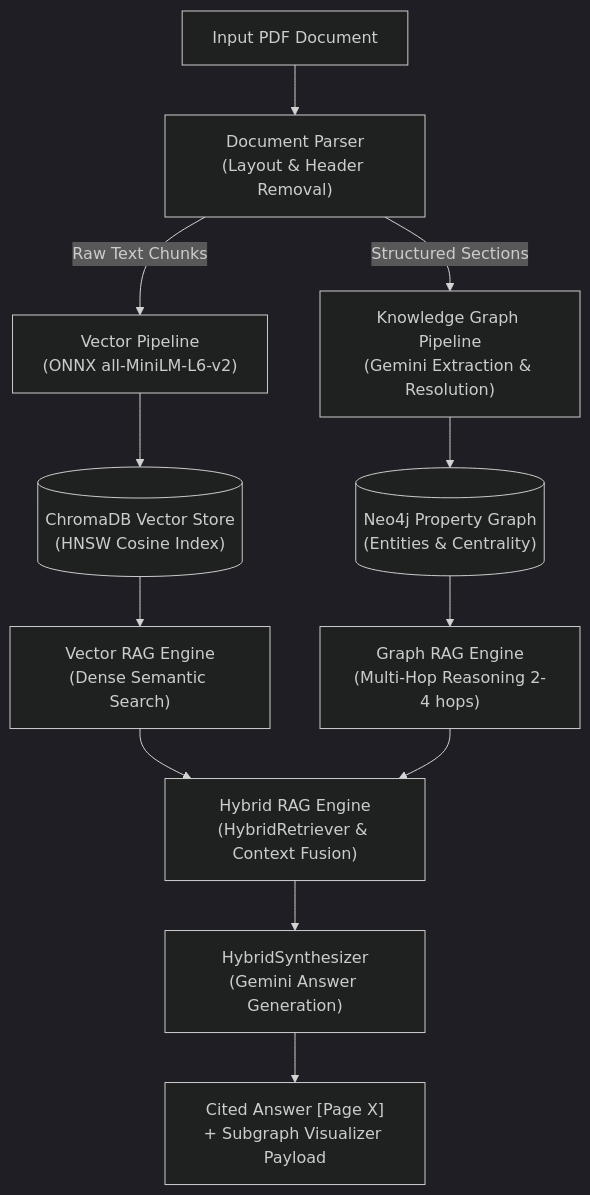
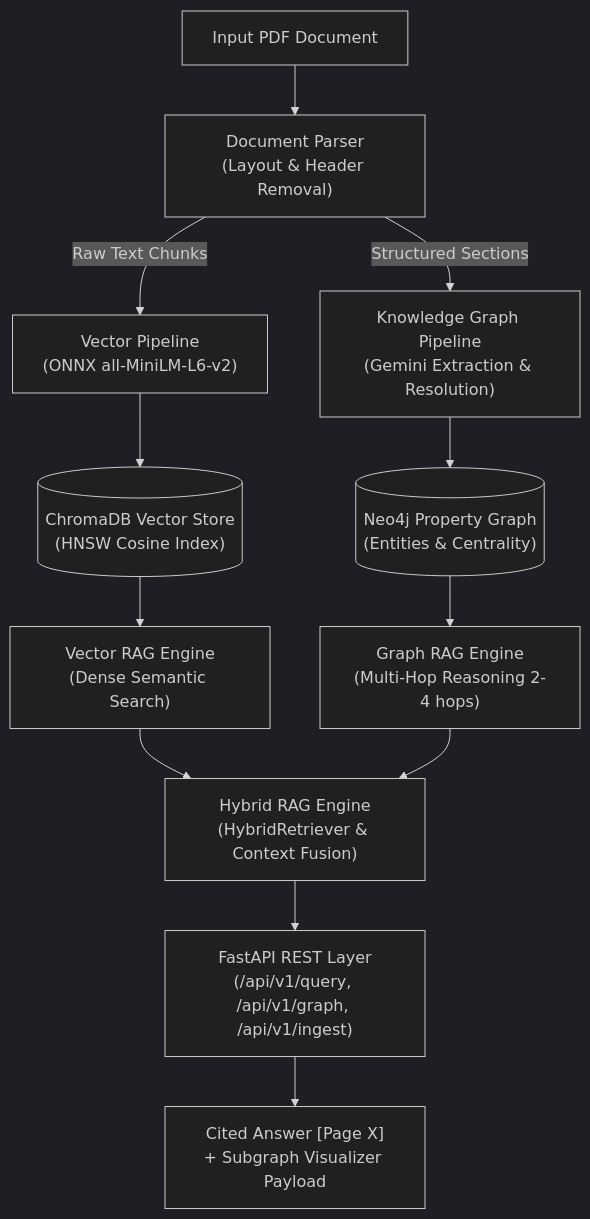
The diagram in README.md (AmanBadola01/Linkwise-Graph), drawn with Mermaid (dark theme) before and after one commit. The commit also changed other lines of this file, not shown here.

Commit message:
docs: update README with FastAPI backend architecture, API reference, and setup

````diff
--- a/README.md
+++ b/README.md
@@ -77,19 +87,19 @@
 ```mermaid
 flowchart TD
     Doc["Input PDF Document"] --> Parser["Document Parser\n(Layout & Header Removal)"]
     
     Parser -->|"Raw Text Chunks"| VP["Vector Pipeline\n(ONNX all-MiniLM-L6-v2)"]
     Parser -->|"Structured Sections"| KG["Knowledge Graph Pipeline\n(Gemini Extraction & Resolution)"]
     
     VP --> VS[("ChromaDB Vector Store\n(HNSW Cosine Index)")]
     KG --> Neo4j[("Neo4j Property Graph\n(Entities & Centrality)")]
     
     VS --> VR["Vector RAG Engine\n(Dense Semantic Search)"]
     Neo4j --> GR["Graph RAG Engine\n(Multi-Hop Reasoning 2-4 hops)"]
     
     VR --> Hybrid["Hybrid RAG Engine\n(HybridRetriever & Context Fusion)"]
     GR --> Hybrid
     
-    Hybrid --> LLM["HybridSynthesizer\n(Gemini Answer Generation)"]
-    LLM --> Out["Cited Answer [Page X]\n+ Subgraph Visualizer Payload"]
+    Hybrid --> API["FastAPI REST Layer\n(/api/v1/query, /api/v1/graph, /api/v1/ingest)"]
+    API --> Out["Cited Answer [Page X]\n+ Subgraph Visualizer Payload"]
 ```
````
